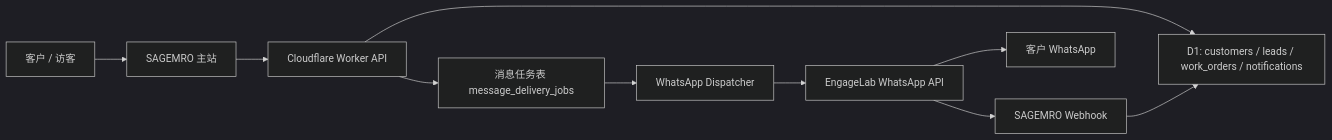
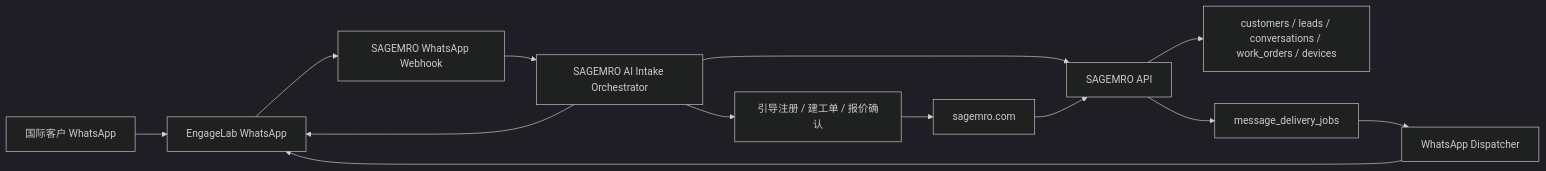
The diagram in docs/SAGEMRO-EngageLab-WhatsApp-服务号前期准备.md (lasersolutions4u-debug/sagemro.com), drawn with Mermaid (dark theme) before and after one commit. The commit also changed other lines of this file and 24 other files, not shown here.

Commit message:
fix(frontend): localize customer portal by market

````diff
--- a/docs/SAGEMRO-EngageLab-WhatsApp-服务号前期准备.md
+++ b/docs/SAGEMRO-EngageLab-WhatsApp-服务号前期准备.md
@@ -55,12 +118,15 @@
 ```mermaid
 flowchart LR
-  Customer["客户 / 访客"] --> Frontend["SAGEMRO 主站"]
-  Frontend --> Worker["Cloudflare Worker API"]
-  Worker --> DB["D1: customers / leads / work_orders / notifications"]
-  Worker --> Queue["消息任务表 message_delivery_jobs"]
+  WhatsAppUser["国际客户 WhatsApp"] --> EngageLab["EngageLab WhatsApp"]
+  EngageLab --> Webhook["SAGEMRO WhatsApp Webhook"]
+  Webhook --> AI["SAGEMRO AI Intake Orchestrator"]
+  AI --> Worker["SAGEMRO API"]
+  Worker --> DB["customers / leads / conversations / work_orders / devices"]
+  AI --> EngageLab
+  Worker --> Queue["message_delivery_jobs"]
   Queue --> Dispatcher["WhatsApp Dispatcher"]
-  Dispatcher --> EngageLab["EngageLab WhatsApp API"]
-  EngageLab --> WhatsApp["客户 WhatsApp"]
-  EngageLab --> Webhook["SAGEMRO Webhook"]
-  Webhook --> DB
+  Dispatcher --> EngageLab
+  AI --> CTA["引导注册 / 建工单 / 报价确认"]
+  CTA --> Frontend["sagemro.com"]
+  Frontend --> Worker
 ```
````
